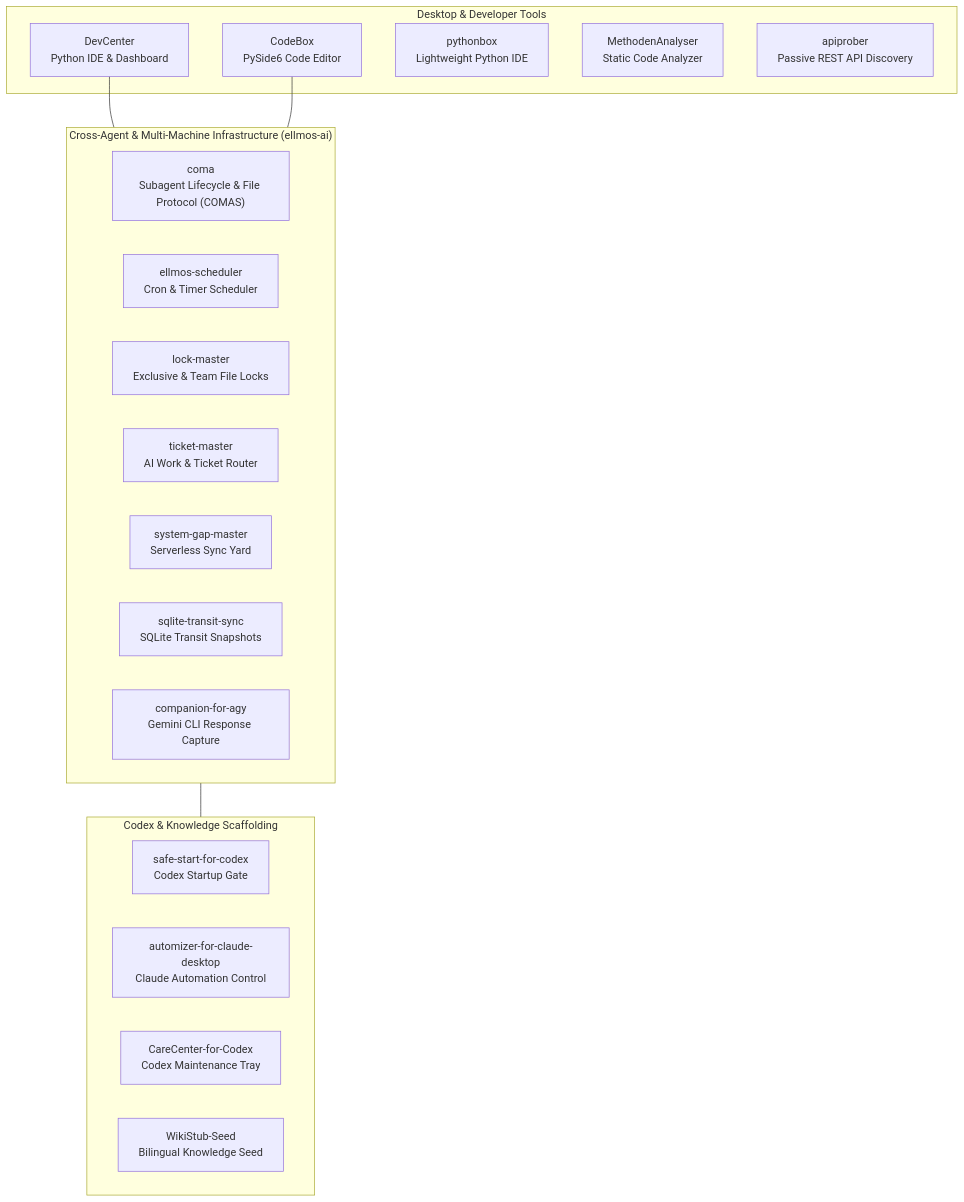
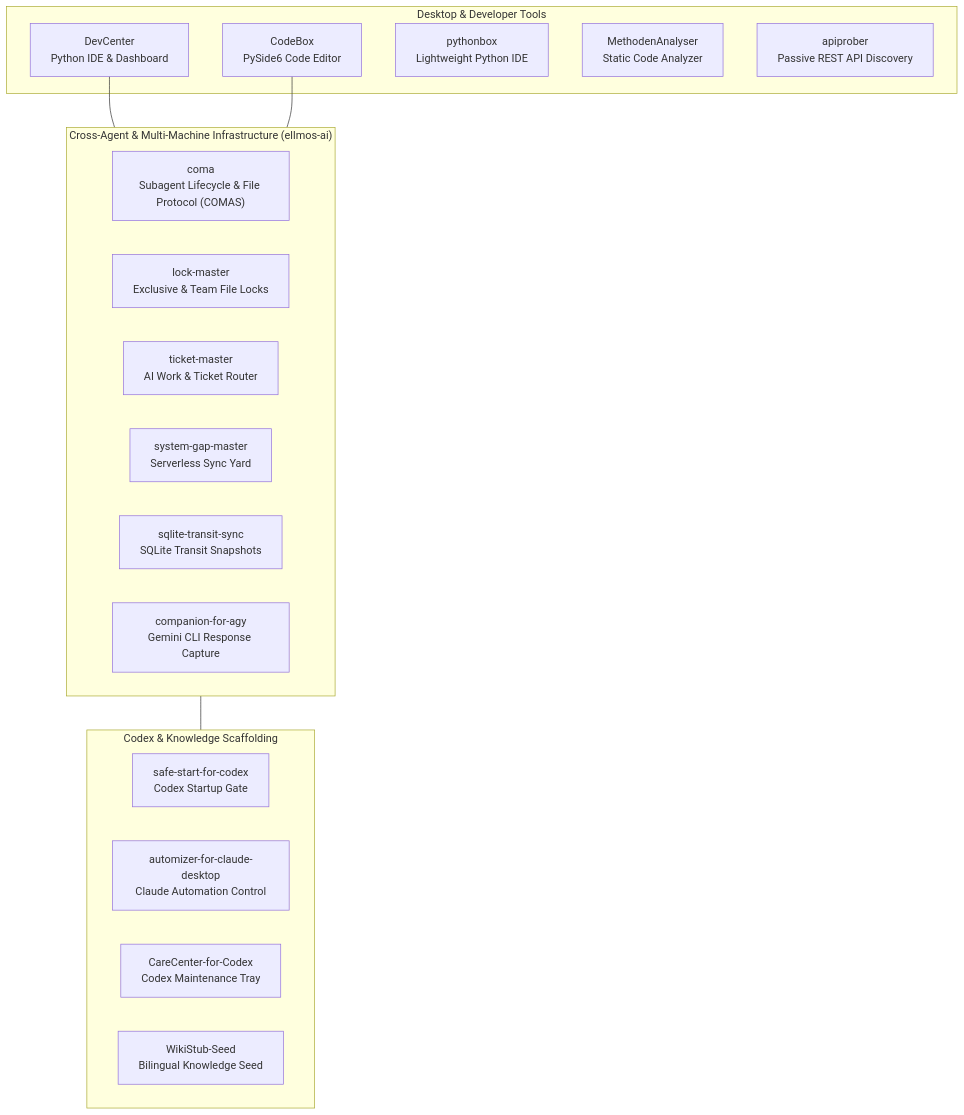
One commit to dev-bricks/.github changed the diagram in profile/README.md. Above: the diagram before and after it, drawn with Mermaid. The commit also changed other lines of this file and 2 other files, not shown here.

First line of the commit message:
docs(profile): drop private ellmos-scheduler, fix active-repo count, add banner showcase

````diff
--- a/profile/README.md
+++ b/profile/README.md
@@ -86,31 +90,30 @@
 ```mermaid
 flowchart TD
   subgraph IDE["Desktop & Developer Tools"]
     DC["DevCenter<br/>Python IDE & Dashboard"]
     CB["CodeBox<br/>PySide6 Code Editor"]
     PB["pythonbox<br/>Lightweight Python IDE"]
     MA["MethodenAnalyser<br/>Static Code Analyzer"]
     AP["apiprober<br/>Passive REST API Discovery"]
   end
 
   subgraph INFRA["Cross-Agent & Multi-Machine Infrastructure (ellmos-ai)"]
     COM["coma<br/>Subagent Lifecycle & File Protocol (COMAS)"]
-    ELS["ellmos-scheduler<br/>Cron & Timer Scheduler"]
     LM["lock-master<br/>Exclusive & Team File Locks"]
     TM["ticket-master<br/>AI Work & Ticket Router"]
     SGM["system-gap-master<br/>Serverless Sync Yard"]
     STS["sqlite-transit-sync<br/>SQLite Transit Snapshots"]
     AGY["companion-for-agy<br/>Gemini CLI Response Capture"]
   end
 
   subgraph AGENT["Codex & Knowledge Scaffolding"]
     SSC["safe-start-for-codex<br/>Codex Startup Gate"]
     ACD["automizer-for-claude-desktop<br/>Claude Automation Control"]
     CCC["CareCenter-for-Codex<br/>Codex Maintenance Tray"]
     WSS["WikiStub-Seed<br/>Bilingual Knowledge Seed"]
   end
 
   DC --- INFRA
   CB --- INFRA
   INFRA --- AGENT
 ```
````
